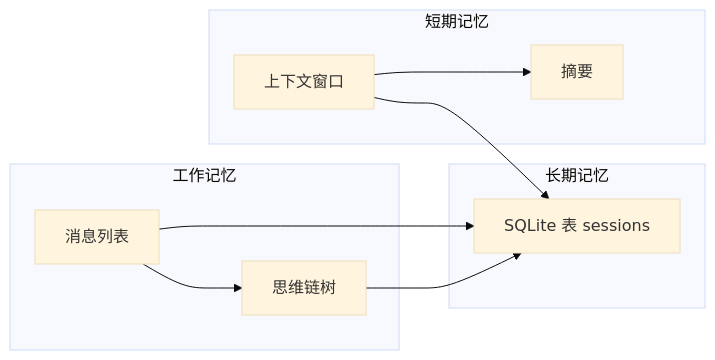
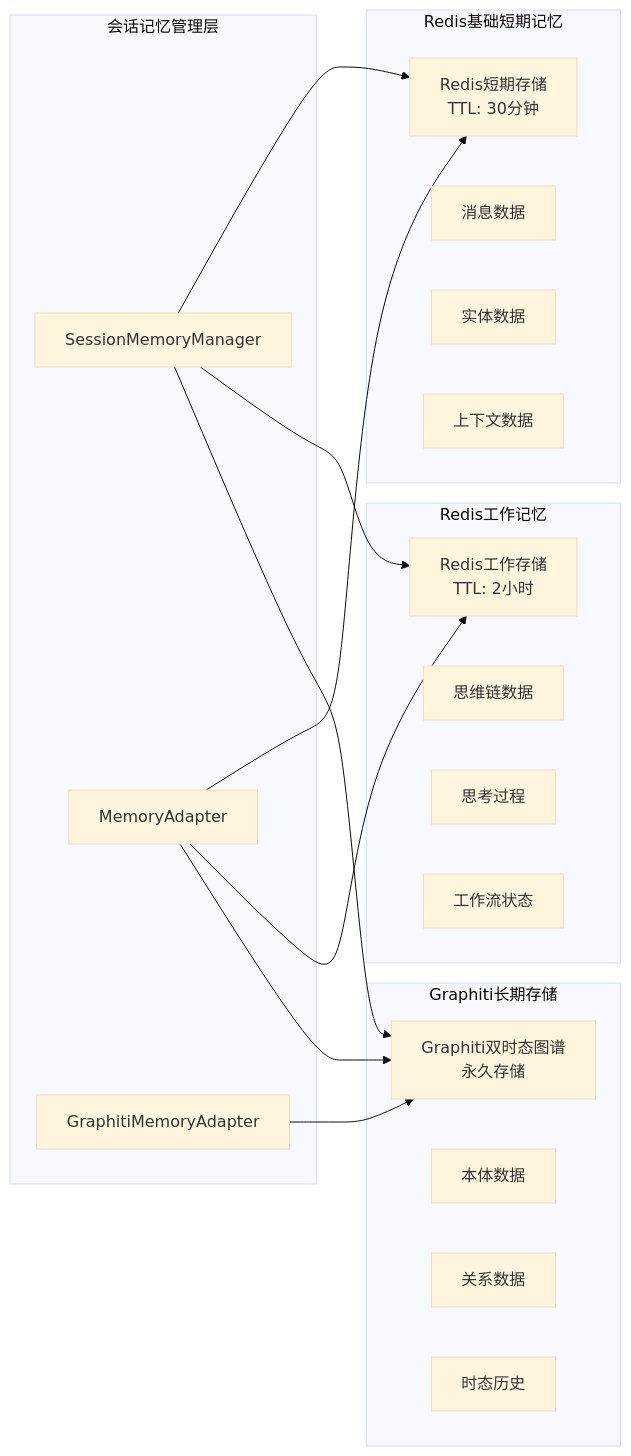
Before and after one commit to inier/ontology-graphiti: the second of 9 diagrams in .qoder/repowiki/zh/content/核心模块/平台支撑模块/会话记忆.md, drawn with Mermaid (base theme). The commit also changed other lines of this file and 64 other files, not shown here.

````diff
--- a/.qoder/repowiki/zh/content/核心模块/平台支撑模块/会话记忆.md
+++ b/.qoder/repowiki/zh/content/核心模块/平台支撑模块/会话记忆.md
@@ -95,19 +131,33 @@
 ```mermaid
 graph LR
-subgraph "短期记忆"
-CW2["上下文窗口"]
-SUM["摘要"]
+subgraph "Redis基础短期记忆"
+RST["Redis短期存储<br/>TTL: 30分钟"]
+MSG["消息数据"]
+ENT["实体数据"]
+CTX["上下文数据"]
 end
-subgraph "工作记忆"
-MSG["消息列表"]
-COT["思维链树"]
+subgraph "Redis工作记忆"
+RWK["Redis工作存储<br/>TTL: 2小时"]
+COT["思维链数据"]
+THOUGHT["思考过程"]
+WORKFLOW["工作流状态"]
 end
-subgraph "长期记忆"
-DB["SQLite 表 sessions"]
+subgraph "Graphiti长期存储"
+GPT["Graphiti双时态图谱<br/>永久存储"]
+ONTOLOGY["本体数据"]
+RELATIONS["关系数据"]
+TIMELINE["时态历史"]
 end
-CW2 --> SUM
-MSG --> COT
-CW2 --> DB
-MSG --> DB
-COT --> DB
+subgraph "会话记忆管理层"
+MT["SessionMemoryManager"]
+MA["MemoryAdapter"]
+GMA["GraphitiMemoryAdapter"]
+end
+MT --> RST
+MT --> RWK
+MT --> GPT
+MA --> RST
+MA --> RWK
+MA --> GPT
+GMA --> GPT
 ```
````
